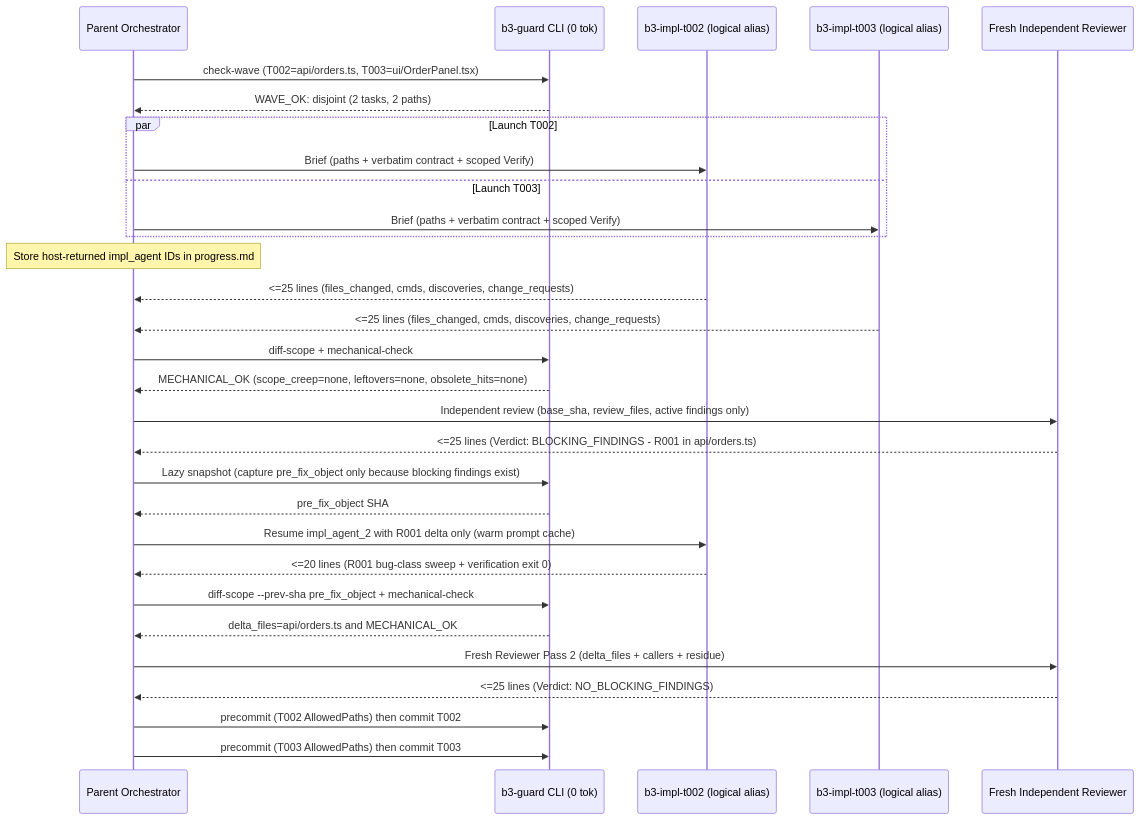
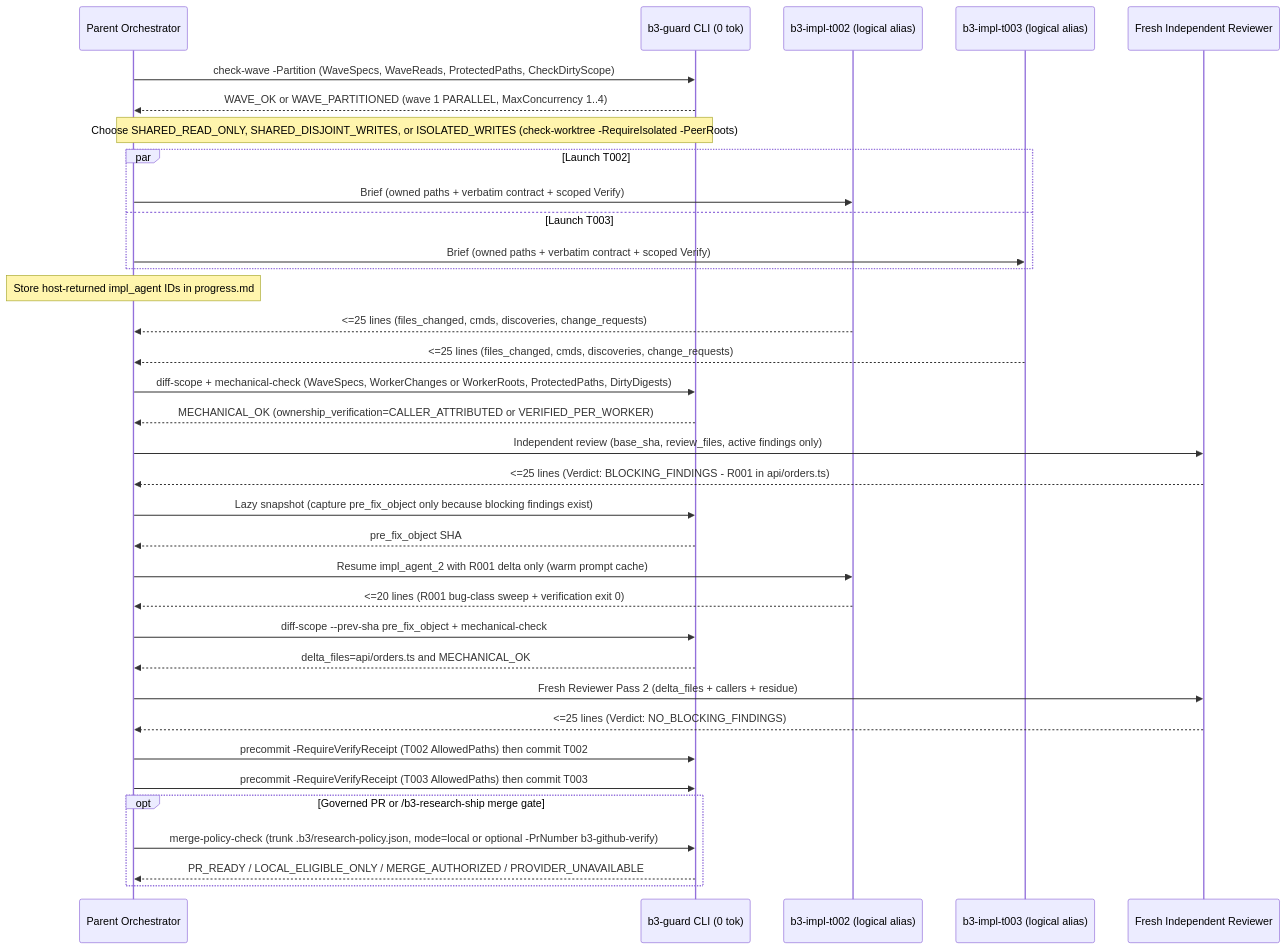
Before and after one commit to hptbee/b3_ai-engineering: the second of 5 diagrams in docs/ship-and-review-guide.md, drawn with Mermaid. The commit also changed other lines of this file and 15 other files, not shown here.

````diff
--- a/docs/ship-and-review-guide.md
+++ b/docs/ship-and-review-guide.md
@@ -68,42 +76,48 @@
 ```mermaid
 sequenceDiagram
     participant P as Parent Orchestrator
     participant G as b3-guard CLI (0 tok)
     participant W2 as b3-impl-t002 (logical alias)
     participant W3 as b3-impl-t003 (logical alias)
     participant R as Fresh Independent Reviewer
 
-    P->>G: check-wave (T002=api/orders.ts, T003=ui/OrderPanel.tsx)
-    G-->>P: WAVE_OK: disjoint (2 tasks, 2 paths)
+    P->>G: check-wave -Partition (WaveSpecs, WaveReads, ProtectedPaths, CheckDirtyScope)
+    G-->>P: WAVE_OK or WAVE_PARTITIONED (wave 1 PARALLEL, MaxConcurrency 1..4)
+    Note over P,G: Choose SHARED_READ_ONLY, SHARED_DISJOINT_WRITES, or ISOLATED_WRITES (check-worktree -RequireIsolated -PeerRoots)
 
     par Launch T002
-        P->>W2: Brief (paths + verbatim contract + scoped Verify)
+        P->>W2: Brief (owned paths + verbatim contract + scoped Verify)
     and Launch T003
-        P->>W3: Brief (paths + verbatim contract + scoped Verify)
+        P->>W3: Brief (owned paths + verbatim contract + scoped Verify)
     end
     Note over P: Store host-returned impl_agent IDs in progress.md
 
     W2-->>P: <=25 lines (files_changed, cmds, discoveries, change_requests)
     W3-->>P: <=25 lines (files_changed, cmds, discoveries, change_requests)
 
-    P->>G: diff-scope + mechanical-check
-    G-->>P: MECHANICAL_OK (scope_creep=none, leftovers=none, obsolete_hits=none)
+    P->>G: diff-scope + mechanical-check (WaveSpecs, WorkerChanges or WorkerRoots, ProtectedPaths, DirtyDigests)
+    G-->>P: MECHANICAL_OK (ownership_verification=CALLER_ATTRIBUTED or VERIFIED_PER_WORKER)
 
     P->>R: Independent review (base_sha, review_files, active findings only)
     R-->>P: <=25 lines (Verdict: BLOCKING_FINDINGS - R001 in api/orders.ts)
 
     P->>G: Lazy snapshot (capture pre_fix_object only because blocking findings exist)
     G-->>P: pre_fix_object SHA
 
     P->>W2: Resume impl_agent_2 with R001 delta only (warm prompt cache)
     W2-->>P: <=20 lines (R001 bug-class sweep + verification exit 0)
 
     P->>G: diff-scope --prev-sha pre_fix_object + mechanical-check
     G-->>P: delta_files=api/orders.ts and MECHANICAL_OK
 
     P->>R: Fresh Reviewer Pass 2 (delta_files + callers + residue)
     R-->>P: <=25 lines (Verdict: NO_BLOCKING_FINDINGS)
 
-    P->>G: precommit (T002 AllowedPaths) then commit T002
-    P->>G: precommit (T003 AllowedPaths) then commit T003
+    P->>G: precommit -RequireVerifyReceipt (T002 AllowedPaths) then commit T002
+    P->>G: precommit -RequireVerifyReceipt (T003 AllowedPaths) then commit T003
+
+    opt Governed PR or /b3-research-ship merge gate
+        P->>G: merge-policy-check (trunk .b3/research-policy.json, mode=local or optional -PrNumber b3-github-verify)
+        G-->>P: PR_READY / LOCAL_ELIGIBLE_ONLY / MERGE_AUTHORIZED / PROVIDER_UNAVAILABLE
+    end
 ```
````
